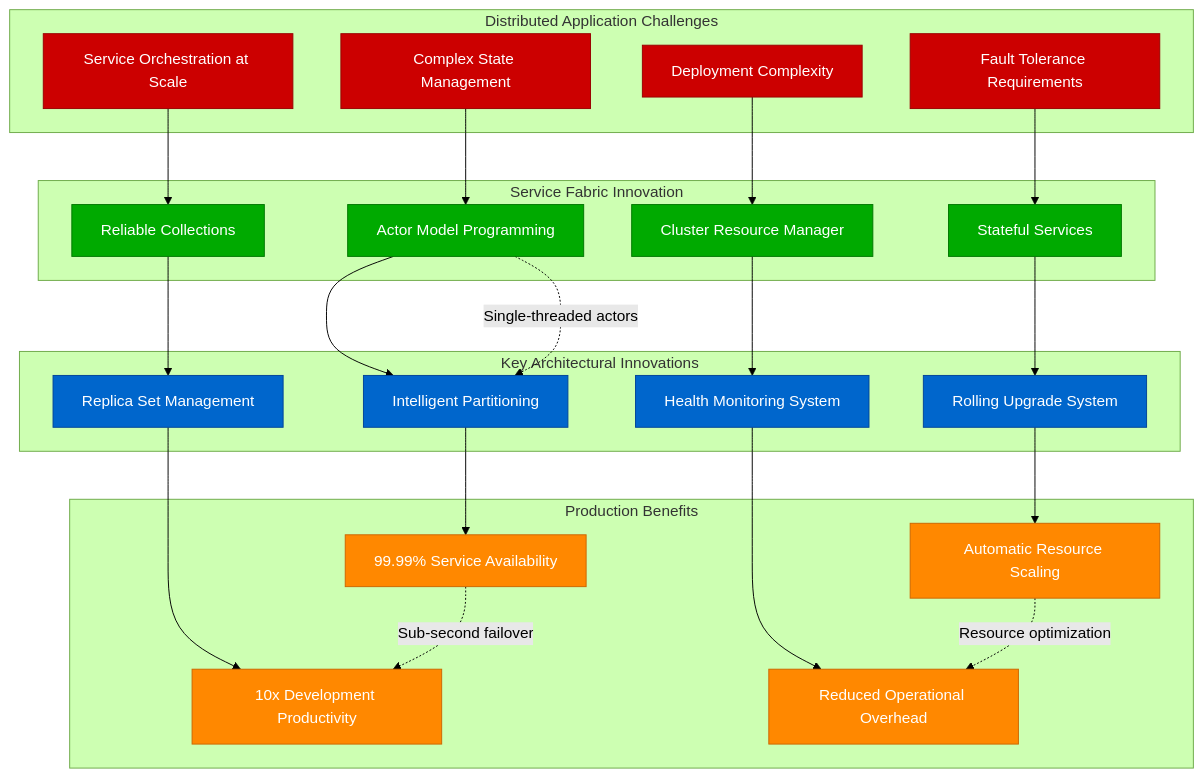
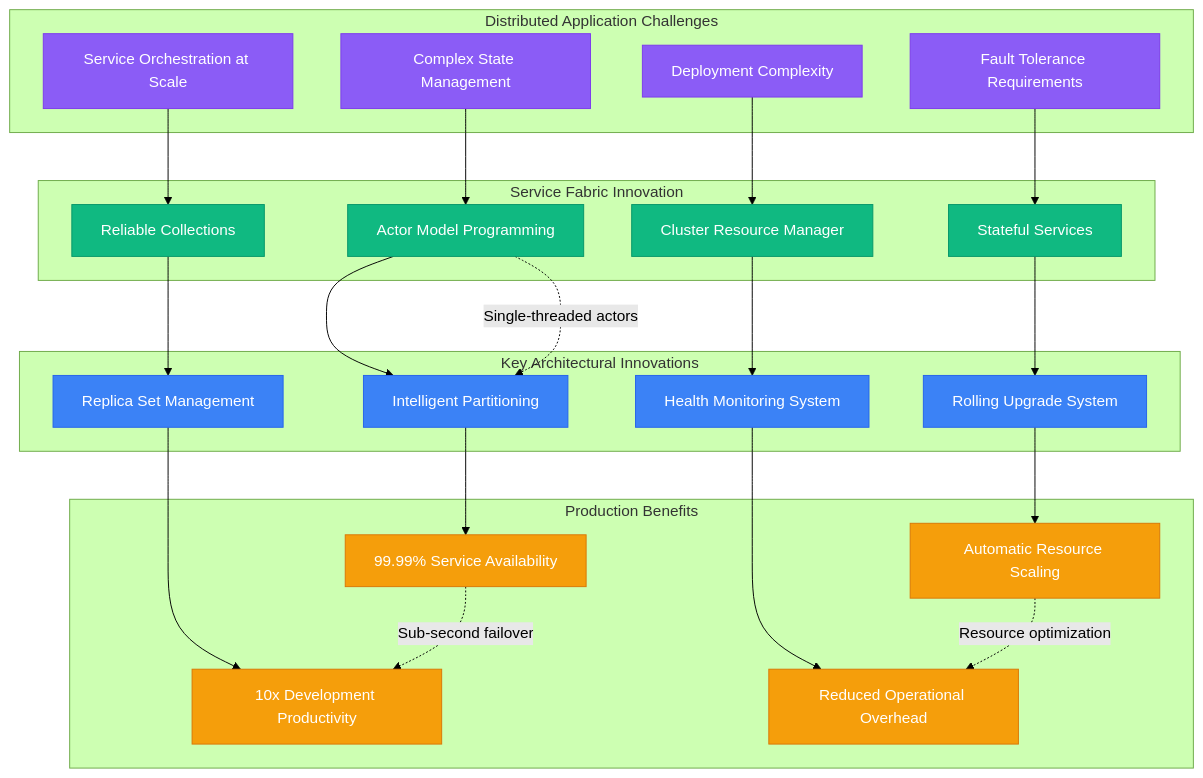
One commit to deepaucksharma/DS changed the first of 10 diagrams in site/docs/systems/microsoft/novel-solutions.md. Above: the diagram before and after it, drawn with Mermaid (forest theme). The commit also changed other lines of this file and 303 other files, not shown here.

````diff
--- a/site/docs/systems/microsoft/novel-solutions.md
+++ b/site/docs/systems/microsoft/novel-solutions.md
@@ -11,63 +11,63 @@
 ```mermaid
 graph TB
     subgraph ProblemSpace[Distributed Application Challenges]
         STATE_MANAGEMENT[Complex State Management]
         SERVICE_ORCHESTRATION[Service Orchestration at Scale]
         FAULT_TOLERANCE[Fault Tolerance Requirements]
         DEPLOYMENT_COMPLEXITY[Deployment Complexity]
     end
 
     subgraph ServiceFabricSolution[Service Fabric Innovation]
         ACTOR_MODEL[Actor Model Programming]
         RELIABLE_COLLECTIONS[Reliable Collections]
         STATEFUL_SERVICES[Stateful Services]
         CLUSTER_MANAGER[Cluster Resource Manager]
     end
 
     subgraph ArchitecturalInnovations[Key Architectural Innovations]
         PARTITION_SCHEME[Intelligent Partitioning]
         REPLICA_MANAGEMENT[Replica Set Management]
         ROLLING_UPGRADES[Rolling Upgrade System]
         HEALTH_MONITORING[Health Monitoring System]
     end
 
     subgraph ProductionBenefits[Production Benefits]
         HIGH_AVAILABILITY[99.99% Service Availability]
         SIMPLIFIED_DEVELOPMENT[10x Development Productivity]
         AUTOMATIC_SCALING[Automatic Resource Scaling]
         OPERATIONAL_EXCELLENCE[Reduced Operational Overhead]
     end
 
     %% Problem to solution mapping
     STATE_MANAGEMENT --> ACTOR_MODEL
     SERVICE_ORCHESTRATION --> RELIABLE_COLLECTIONS
     FAULT_TOLERANCE --> STATEFUL_SERVICES
     DEPLOYMENT_COMPLEXITY --> CLUSTER_MANAGER
 
     %% Solution to innovation mapping
     ACTOR_MODEL --> PARTITION_SCHEME
     RELIABLE_COLLECTIONS --> REPLICA_MANAGEMENT
     STATEFUL_SERVICES --> ROLLING_UPGRADES
     CLUSTER_MANAGER --> HEALTH_MONITORING
 
     %% Innovation to benefits mapping
     PARTITION_SCHEME --> HIGH_AVAILABILITY
     REPLICA_MANAGEMENT --> SIMPLIFIED_DEVELOPMENT
     ROLLING_UPGRADES --> AUTOMATIC_SCALING
     HEALTH_MONITORING --> OPERATIONAL_EXCELLENCE
 
     %% Performance annotations
     ACTOR_MODEL -.->|"Single-threaded actors"| PARTITION_SCHEME
     HIGH_AVAILABILITY -.->|"Sub-second failover"| SIMPLIFIED_DEVELOPMENT
     AUTOMATIC_SCALING -.->|"Resource optimization"| OPERATIONAL_EXCELLENCE
 
-    classDef problemStyle fill:#CC0000,stroke:#990000,color:#fff
-    classDef solutionStyle fill:#00AA00,stroke:#007700,color:#fff
-    classDef innovationStyle fill:#0066CC,stroke:#004499,color:#fff
-    classDef benefitStyle fill:#FF8800,stroke:#CC6600,color:#fff
+    classDef problemStyle fill:#8B5CF6,stroke:#7C3AED,color:#fff
+    classDef solutionStyle fill:#10B981,stroke:#059669,color:#fff
+    classDef innovationStyle fill:#3B82F6,stroke:#2563EB,color:#fff
+    classDef benefitStyle fill:#F59E0B,stroke:#D97706,color:#fff
 
     class STATE_MANAGEMENT,SERVICE_ORCHESTRATION,FAULT_TOLERANCE,DEPLOYMENT_COMPLEXITY problemStyle
     class ACTOR_MODEL,RELIABLE_COLLECTIONS,STATEFUL_SERVICES,CLUSTER_MANAGER solutionStyle
     class PARTITION_SCHEME,REPLICA_MANAGEMENT,ROLLING_UPGRADES,HEALTH_MONITORING innovationStyle
     class HIGH_AVAILABILITY,SIMPLIFIED_DEVELOPMENT,AUTOMATIC_SCALING,OPERATIONAL_EXCELLENCE benefitStyle
 ```
````
